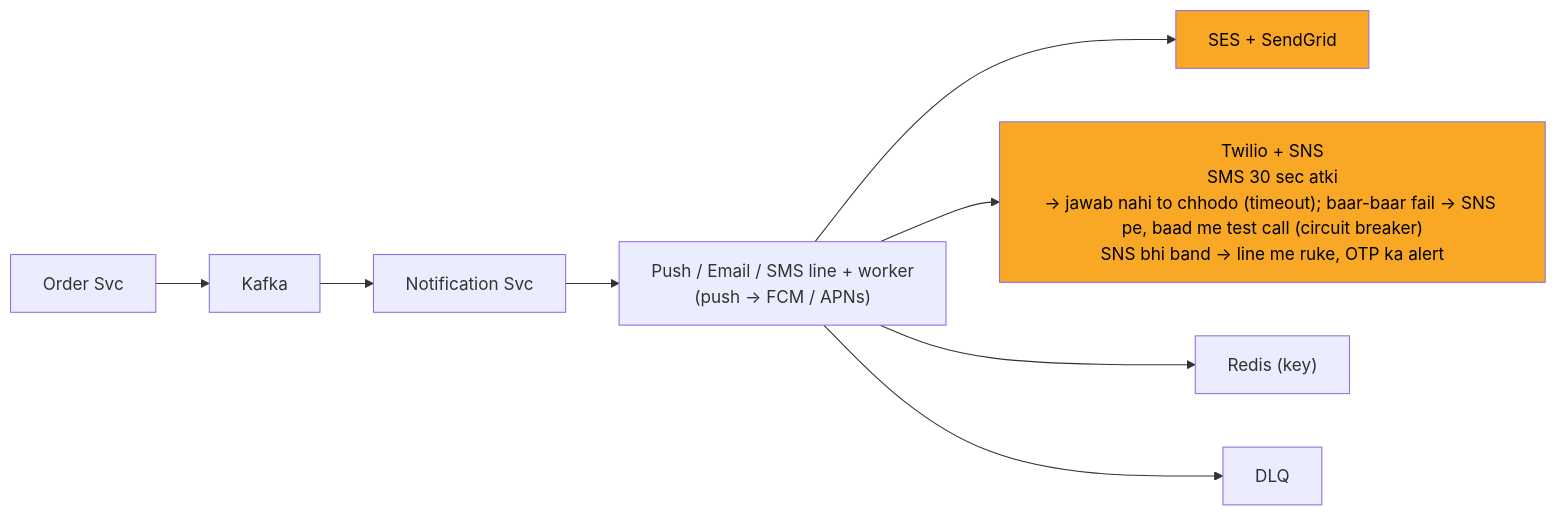
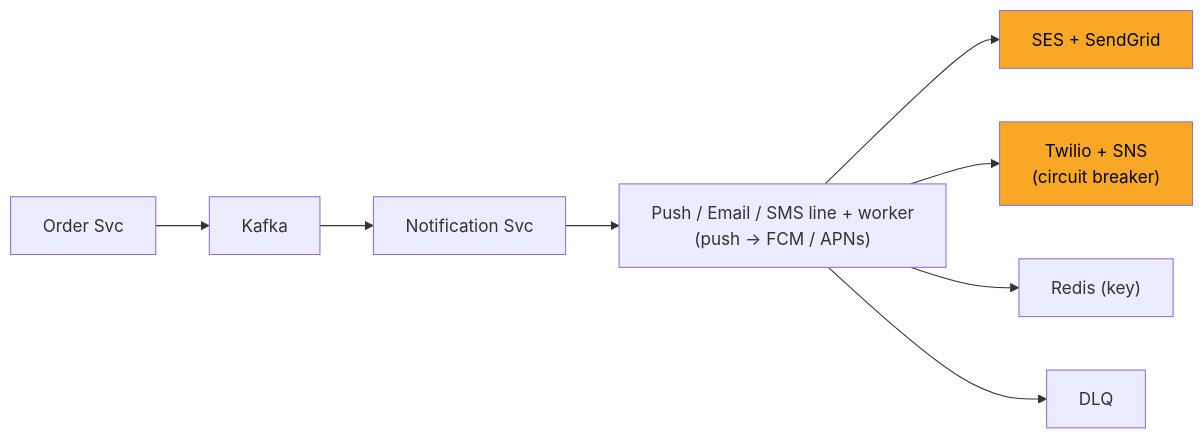
One commit to ArpanMaheshwari144/Prep changed the diagram in 04_HLD/SYSTEM_DESIGNS/04_notification_system/img/c6.mmd. Above: the diagram before and after it, drawn with Mermaid. The commit also changed 144 other files, not shown here.

```diff
--- a/04_HLD/SYSTEM_DESIGNS/04_notification_system/img/c6.mmd
+++ b/04_HLD/SYSTEM_DESIGNS/04_notification_system/img/c6.mmd
@@ -1,19 +1,19 @@
 %%{init: {"flowchart": {"wrappingWidth": 450}}}%%
 flowchart LR
     n_Order_Svc["Order Svc"]
     n_Kafka["Kafka"]
     n_Notification_Svc["Notification Svc"]
     n_LINES["Push / Email / SMS line + worker<br/>(push -> FCM / APNs)"]
     n_SES["SES + SendGrid"]
-    n_Twilio["Twilio + SNS<br/>SMS 30 sec atki<br/>-> jawab nahi to chhodo (timeout); baar-baar fail -> SNS pe, baad me test call (circuit breaker)<br/>SNS bhi band -> line me ruke, OTP ka alert"]
+    n_Twilio["Twilio + SNS<br/>(circuit breaker)"]
     n_Redis["Redis (key)"]
     n_DLQ["DLQ"]
     n_Order_Svc --> n_Kafka
     n_Kafka --> n_Notification_Svc
     n_Notification_Svc --> n_LINES
     n_LINES --> n_SES
     n_LINES --> n_Twilio
     n_LINES --> n_Redis
     n_LINES --> n_DLQ
     style n_SES fill:#f9a825,color:#000
     style n_Twilio fill:#f9a825,color:#000
```
